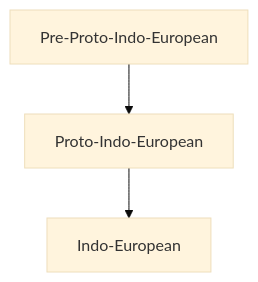
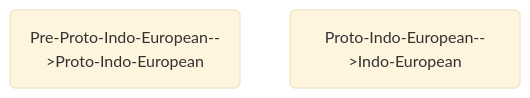
Before and after one commit to soup-bp/lang-treemod-map: the diagram in README.md, drawn with Mermaid (base theme).

````diff
--- a/README.md
+++ b/README.md
@@ -6,6 +6,6 @@
 ```mermaid
 graph TD;
-    Pre-Proto-Indo-European-->Proto-Indo-European;
-    Proto-Indo-European-->Indo-European;
+    id1(Pre-Proto-Indo-European-->Proto-Indo-European);
+    id2(Proto-Indo-European-->Indo-European);
    
 ```
````
